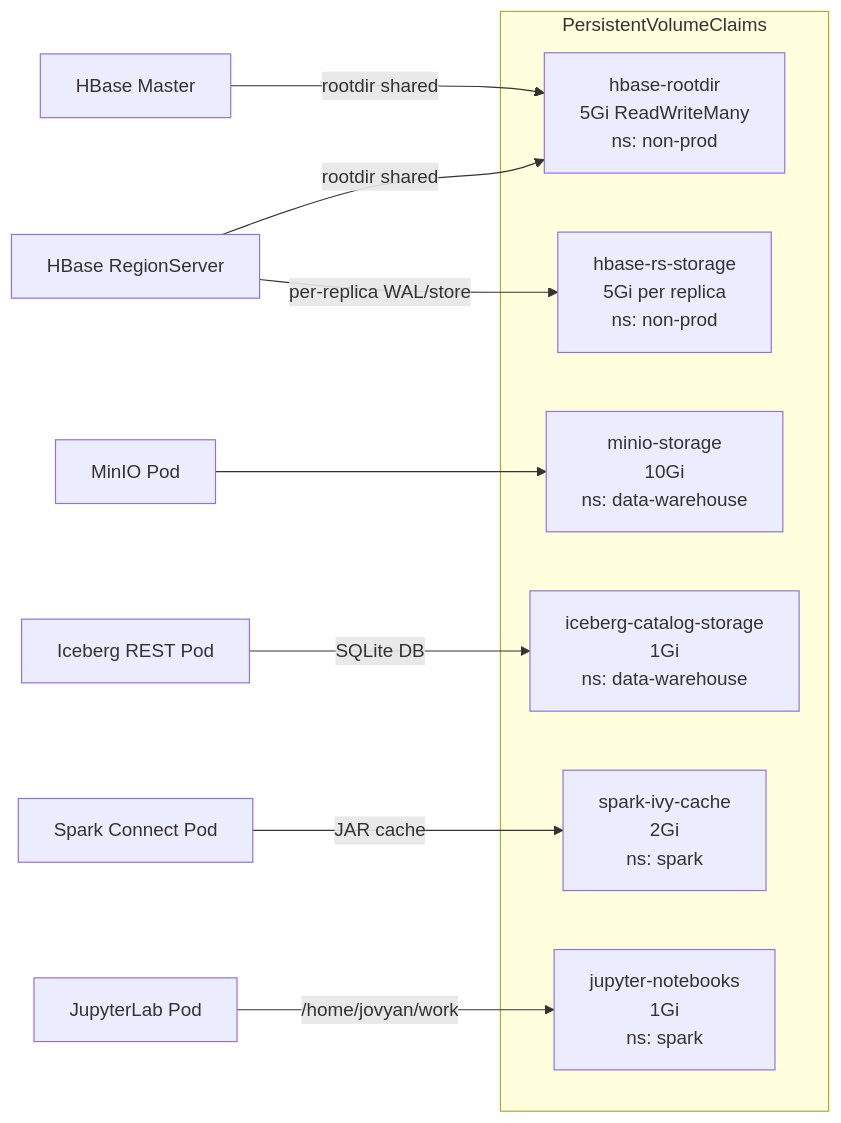
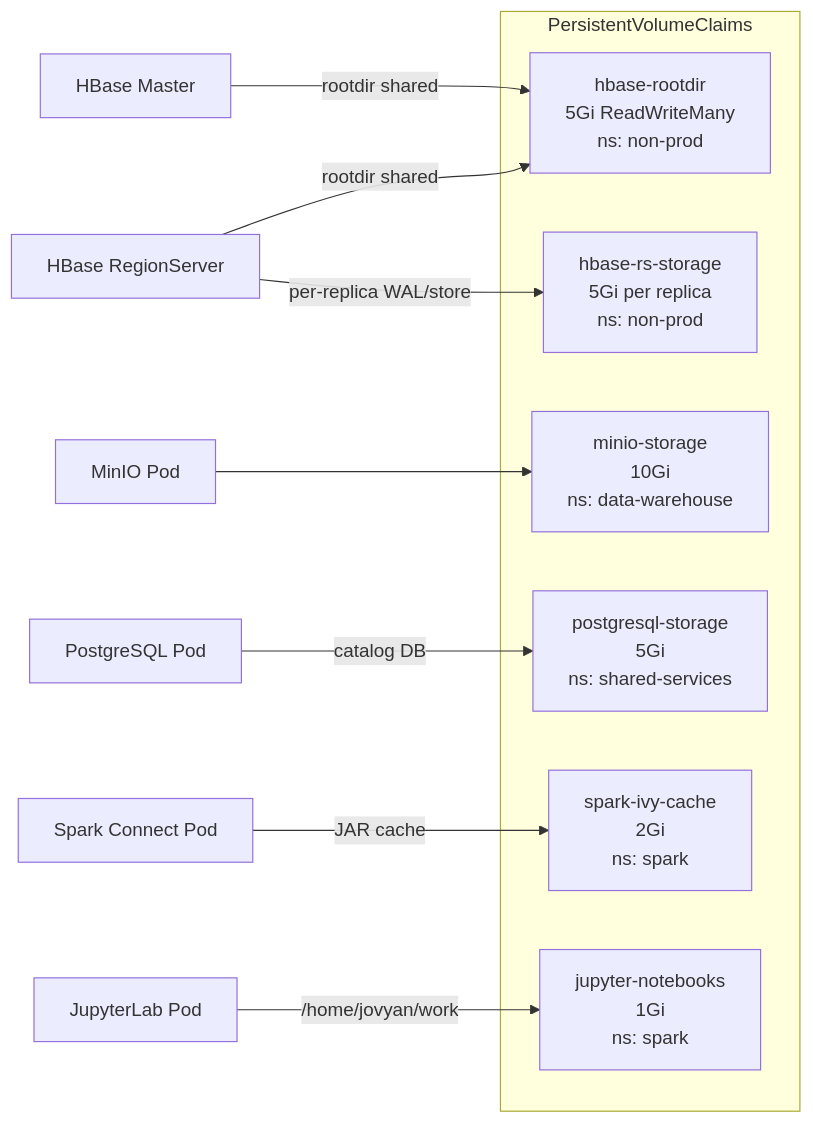
The eighth of 9 diagrams in docs/architecture.md (cukhoaimon/devoops-argocd), drawn with Mermaid before and after one commit. The commit also changed other lines of this file and 27 other files, not shown here.

````diff
--- a/docs/architecture.md
+++ b/docs/architecture.md
@@ -307,19 +361,19 @@
 ```mermaid
 graph LR
   subgraph pvcs["PersistentVolumeClaims"]
     pvc1["hbase-rootdir\n5Gi ReadWriteMany\nns: non-prod"]
     pvc2["hbase-rs-storage\n5Gi per replica\nns: non-prod"]
     pvc3["minio-storage\n10Gi\nns: data-warehouse"]
-    pvc4["iceberg-catalog-storage\n1Gi\nns: data-warehouse"]
+    pvc4["postgresql-storage\n5Gi\nns: shared-services"]
     pvc5["spark-ivy-cache\n2Gi\nns: spark"]
     pvc6["jupyter-notebooks\n1Gi\nns: spark"]
   end
 
   hbase_master["HBase Master"] -->|"rootdir shared"| pvc1
   hbase_rs["HBase RegionServer"] -->|"rootdir shared"| pvc1
   hbase_rs -->|"per-replica WAL/store"| pvc2
   minio_pod["MinIO Pod"] --> pvc3
-  iceberg_pod["Iceberg REST Pod"] -->|"SQLite DB"| pvc4
+  postgres_pod["PostgreSQL Pod"] -->|"catalog DB"| pvc4
   spark_pod["Spark Connect Pod"] -->|"JAR cache"| pvc5
   jupyter_pod["JupyterLab Pod"] -->|"/home/jovyan/work"| pvc6
 ```
````
